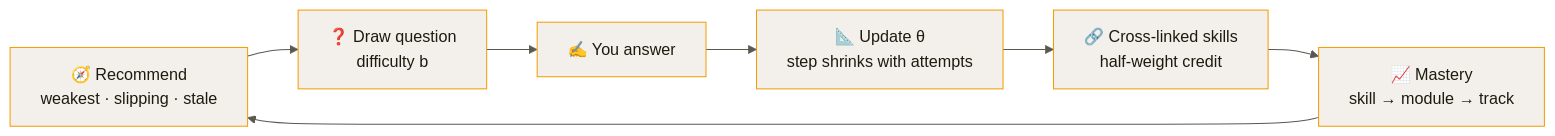
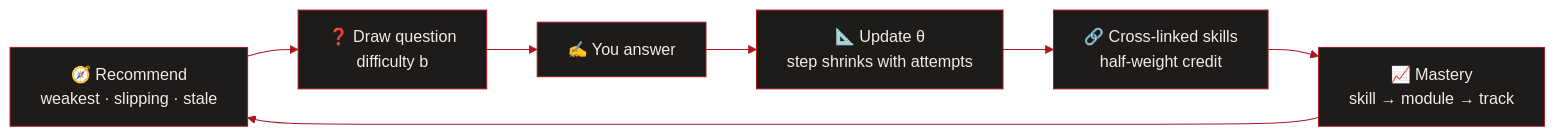
The first of 2 diagrams in README.md (FrankPonce/gradient-course), drawn with Mermaid before and after one commit. The commit also changed other lines of this file and 24 other files, not shown here.

````diff
--- a/README.md
+++ b/README.md
@@ -75,10 +78,10 @@
 ```mermaid
-%%{init: {'theme':'base','themeVariables':{'background':'#FBF8F4','primaryColor':'#F3EFEA','primaryTextColor':'#1D1B10','primaryBorderColor':'#F59B00','lineColor':'#5B5850','textColor':'#1D1B10','edgeLabelBackground':'#FBF8F4','fontFamily':'Inter, Segoe UI, sans-serif'}}}%%
+%%{init: {'theme':'base','themeVariables':{'background':'#0c0b0b','primaryColor':'#1e1b1b','primaryTextColor':'#f2ece8','primaryBorderColor':'#a8191f','lineColor':'#a8191f','textColor':'#f2ece8','edgeLabelBackground':'#0c0b0b','fontFamily':'Segoe UI, Inter, sans-serif'}}}%%
 flowchart LR
     R[🧭 Recommend<br/>weakest · slipping · stale] --> Q[❓ Draw question<br/>difficulty b]
     Q --> A[✍️ You answer]
     A --> U[📐 Update θ<br/>step shrinks with attempts]
     U --> X[🔗 Cross-linked skills<br/>half-weight credit]
     X --> M[📈 Mastery<br/>skill → module → track]
     M --> R
 ```
````
